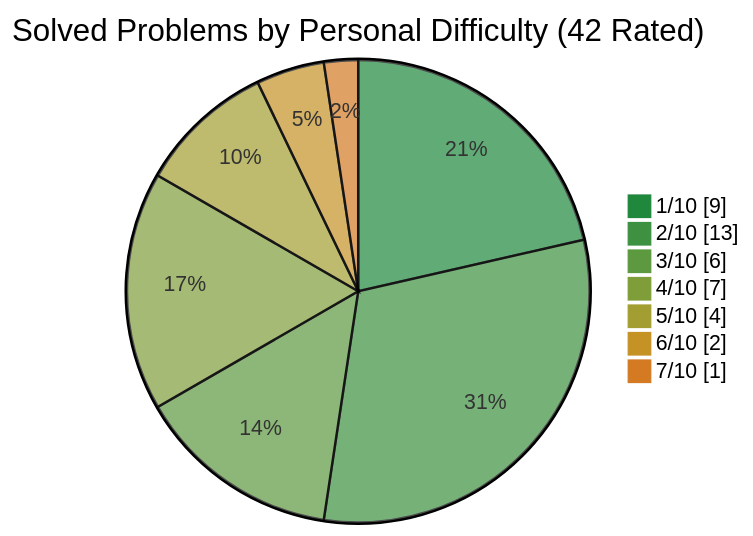
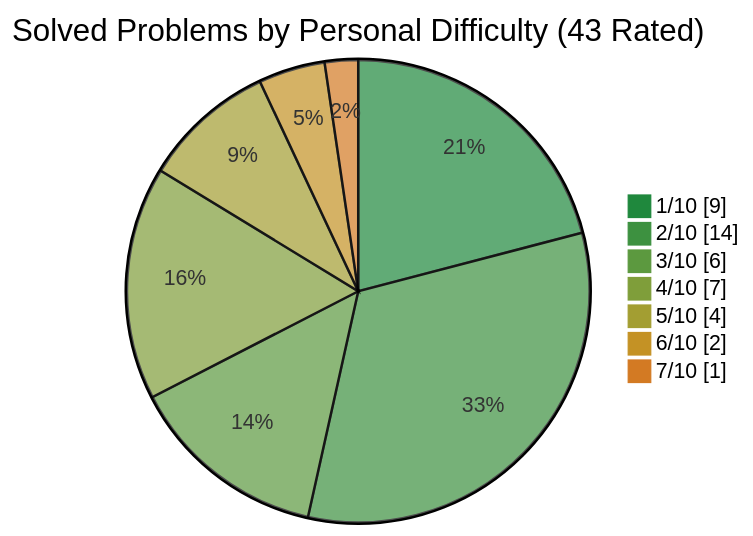
One commit to simonesiega/leetcode-solutions changed the third of 4 diagrams in README.md. Above: the diagram before and after it, drawn with Mermaid. The commit also changed other lines of this file and 3 other files, not shown here.

````diff
--- a/README.md
+++ b/README.md
@@ -106,12 +106,12 @@
 ```mermaid
 %%{init: {"themeVariables":{"pie1":"#1f883d","pie2":"#3d9140","pie3":"#5c993f","pie4":"#7f9e3a","pie5":"#a39e32","pie6":"#c49225","pie7":"#d37a23"},"themeCSS":".pieCircle:nth-of-type(1){fill:#1f883d!important}.legend:nth-of-type(2) rect{fill:#1f883d!important;stroke:#1f883d!important}.pieCircle:nth-of-type(2){fill:#3d9140!important}.legend:nth-of-type(3) rect{fill:#3d9140!important;stroke:#3d9140!important}.pieCircle:nth-of-type(3){fill:#5c993f!important}.legend:nth-of-type(4) rect{fill:#5c993f!important;stroke:#5c993f!important}.pieCircle:nth-of-type(4){fill:#7f9e3a!important}.legend:nth-of-type(5) rect{fill:#7f9e3a!important;stroke:#7f9e3a!important}.pieCircle:nth-of-type(5){fill:#a39e32!important}.legend:nth-of-type(6) rect{fill:#a39e32!important;stroke:#a39e32!important}.pieCircle:nth-of-type(6){fill:#c49225!important}.legend:nth-of-type(7) rect{fill:#c49225!important;stroke:#c49225!important}.pieCircle:nth-of-type(7){fill:#d37a23!important}.legend:nth-of-type(8) rect{fill:#d37a23!important;stroke:#d37a23!important}"}}%%
 pie showData
-    title Solved Problems by Personal Difficulty (42 Rated)
+    title Solved Problems by Personal Difficulty (43 Rated)
     "1/10" : 9
-    "2/10" : 13
+    "2/10" : 14
     "3/10" : 6
     "4/10" : 7
     "5/10" : 4
     "6/10" : 2
     "7/10" : 1
 ```
````
